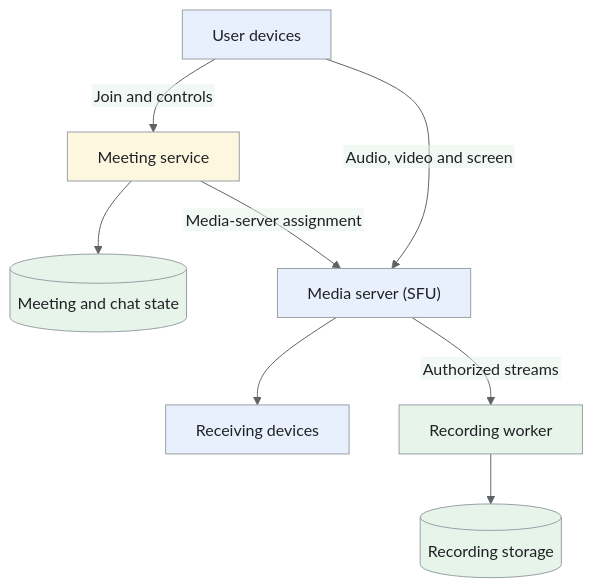
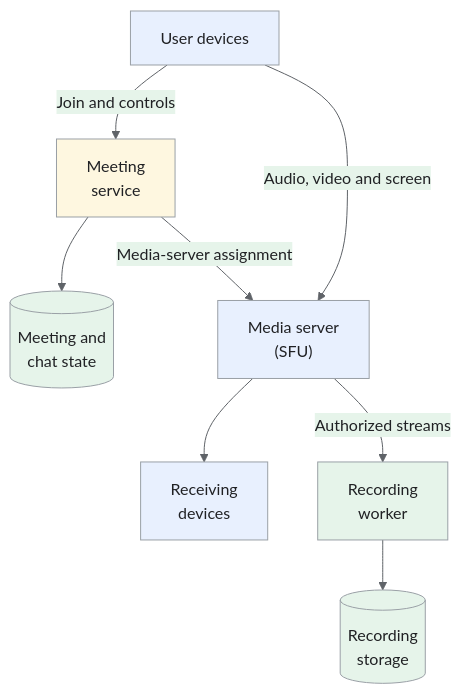
One commit to iliazlobin/iliazlobin.github.io changed the first of 10 diagrams in _designs/system-design-video-conferencing-zoom.md. Above: the diagram before and after it, drawn with Mermaid. The commit also changed other lines of this file and 116 other files, not shown here.

````diff
--- a/_designs/system-design-video-conferencing-zoom.md
+++ b/_designs/system-design-video-conferencing-zoom.md
@@ -160,18 +162,18 @@
 ```mermaid
-%%{init: {'theme':'base','htmlLabels':false,'flowchart':{'htmlLabels':false},'themeVariables':{'fontFamily':'Arial, sans-serif','primaryColor':'#e8f0fe','primaryTextColor':'#202124','primaryBorderColor':'#9aa0a6','lineColor':'#5f6368','secondaryColor':'#e6f4ea','tertiaryColor':'#fef7e0','actorBkg':'#e8f0fe','actorBorder':'#9aa0a6','actorTextColor':'#202124','noteBkgColor':'#fef7e0','noteTextColor':'#202124','noteBorderColor':'#9aa0a6','signalColor':'#5f6368','signalTextColor':'#202124','labelBoxBkgColor':'#fef7e0','labelBoxBorderColor':'#9aa0a6'}}}%%
+%%{init: {"theme":"base","themeVariables":{"primaryColor":"#e8f0fe","primaryBorderColor":"#9aa0a6","primaryTextColor":"#202124","secondaryColor":"#e6f4ea","tertiaryColor":"#fef7e0","lineColor":"#5f6368","actorBkg":"#e8f0fe","actorBorder":"#9aa0a6","actorTextColor":"#202124","noteBkgColor":"#fef7e0","noteBorderColor":"#9aa0a6","noteTextColor":"#202124","signalColor":"#5f6368","signalTextColor":"#202124"}}}%%
 flowchart TB
-    U["User devices"] -->|"Join and controls"| M["Meeting service"]
-    M --> D[("Meeting and chat state")]
-    M -->|"Media-server assignment"| S["Media server (SFU)"]
+    U["User devices"] -->|"Join and controls"| M["Meeting<br>service"]
+    M --> D[("Meeting and<br>chat state")]
+    M -->|"Media-server assignment"| S["Media server<br>(SFU)"]
     U -->|"Audio, video and screen"| S
-    S --> R["Receiving devices"]
-    S -->|"Authorized streams"| W["Recording worker"]
-    W --> O[("Recording storage")]
+    S --> R["Receiving<br>devices"]
+    S -->|"Authorized streams"| W["Recording<br>worker"]
+    W --> O[("Recording<br>storage")]
 classDef request fill:#e8f0fe,stroke:#9aa0a6,color:#202124;
 classDef data fill:#e6f4ea,stroke:#9aa0a6,color:#202124;
 classDef control fill:#fef7e0,stroke:#9aa0a6,color:#202124;
 class U,S,R request;
 class D,W,O data;
 class M control;
 
 ```
````
